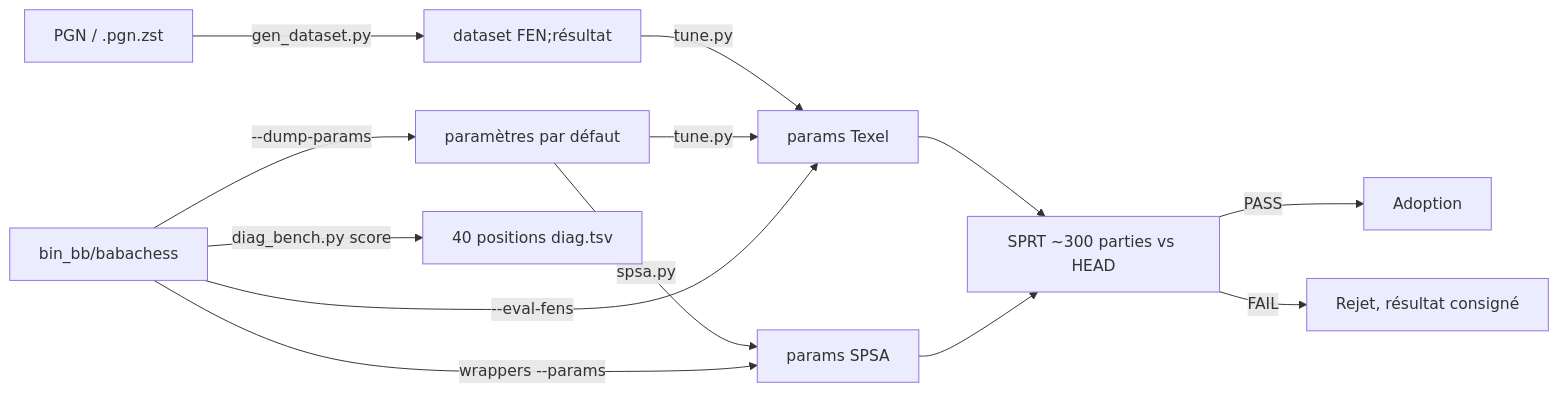
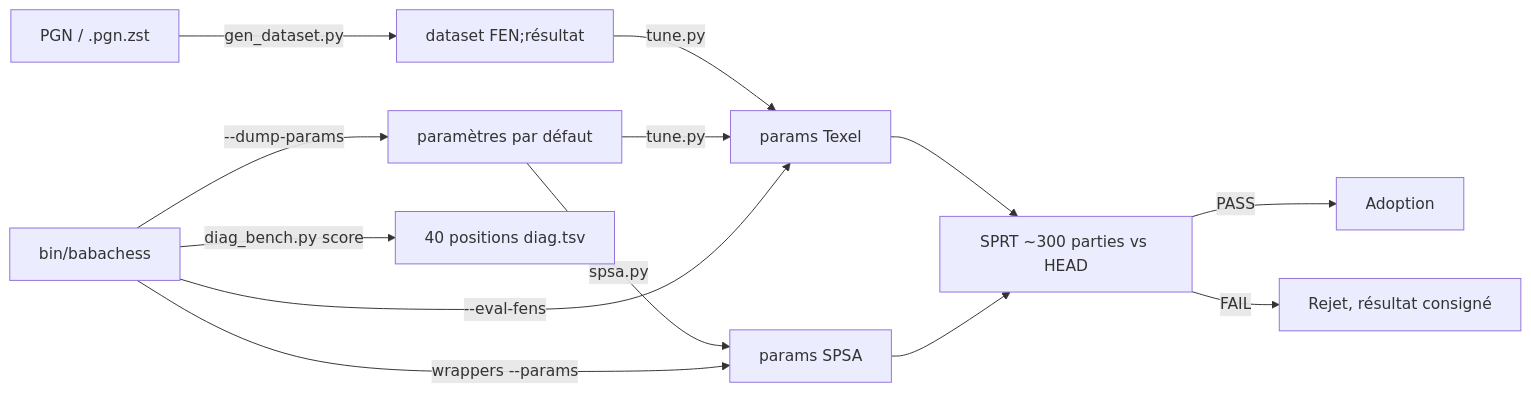
Before and after one commit to claurence57/BabaChess: the third of 3 diagrams in src/doc/outils-et-tests.md, drawn with Mermaid. The commit also changed other lines of this file and 20 other files, not shown here.

````diff
--- a/src/doc/outils-et-tests.md
+++ b/src/doc/outils-et-tests.md
@@ -234,15 +234,15 @@
 ```mermaid
 flowchart LR
     PGN["PGN / .pgn.zst"] -->|gen_dataset.py| DS["dataset FEN;résultat"]
-    BIN["bin_bb/babachess"] -->|--dump-params| PAR["paramètres par défaut"]
+    BIN["bin/babachess"] -->|--dump-params| PAR["paramètres par défaut"]
     DS -->|tune.py| TP["params Texel"]
     PAR -->|tune.py| TP
     BIN -->|--eval-fens| TP
     PAR -->|spsa.py| SP["params SPSA"]
     BIN -->|"wrappers --params"| SP
     TP --> SPRT2["SPRT ~300 parties vs HEAD"]
     SP --> SPRT2
     SPRT2 -->|PASS| ACC["Adoption"]
     SPRT2 -->|FAIL| REJ["Rejet, résultat consigné"]
     BIN -->|diag_bench.py score| DIAG["40 positions diag.tsv"]
 ```
````
